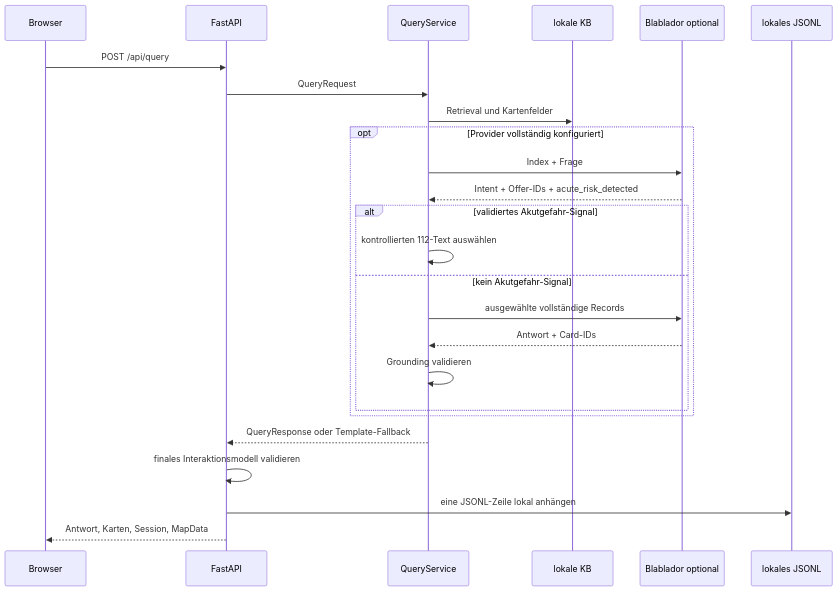
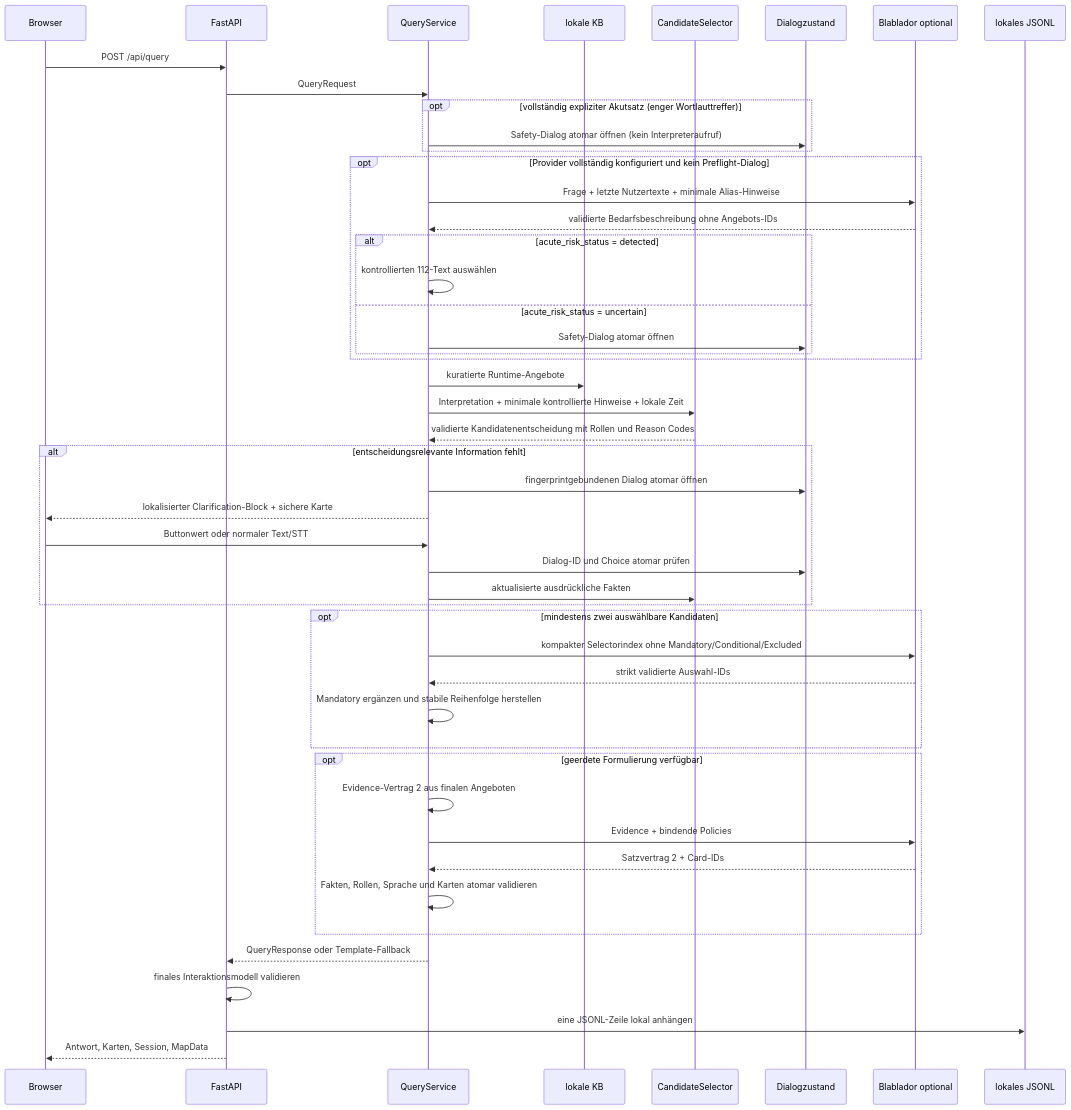
Before and after one commit to HannahHoffner/lena-grounded-voice-assistant: the diagram in docs/data-flow.md, drawn with Mermaid. The commit also changed other lines of this file and 347 other files, not shown here.

````diff
--- a/docs/data-flow.md
+++ b/docs/data-flow.md
@@ -5,27 +5,50 @@
 ```mermaid
 sequenceDiagram
     participant B as Browser
     participant A as FastAPI
     participant S as QueryService
     participant K as lokale KB
+    participant C as CandidateSelector
+    participant D as Dialogzustand
     participant L as Blablador optional
     participant J as lokales JSONL
     B->>A: POST /api/query
     A->>S: QueryRequest
-    S->>K: Retrieval und Kartenfelder
-    opt Provider vollständig konfiguriert
-        S->>L: Index + Frage
-        L-->>S: Intent + Offer-IDs + acute_risk_detected
-        alt validiertes Akutgefahr-Signal
+    opt vollständig expliziter Akutsatz (enger Wortlauttreffer)
+        S->>D: Safety-Dialog atomar öffnen (kein Interpreteraufruf)
+    end
+    opt Provider vollständig konfiguriert und kein Preflight-Dialog
+        S->>L: Frage + letzte Nutzertexte + minimale Alias-Hinweise
+        L-->>S: validierte Bedarfsbeschreibung ohne Angebots-IDs
+        alt acute_risk_status = detected
             S->>S: kontrollierten 112-Text auswählen
-        else kein Akutgefahr-Signal
-            S->>L: ausgewählte vollständige Records
-            L-->>S: Antwort + Card-IDs
-            S->>S: Grounding validieren
+        else acute_risk_status = uncertain
+            S->>D: Safety-Dialog atomar öffnen
         end
+    end
+    S->>K: kuratierte Runtime-Angebote
+    S->>C: Interpretation + minimale kontrollierte Hinweise + lokale Zeit
+    C-->>S: validierte Kandidatenentscheidung mit Rollen und Reason Codes
+    alt entscheidungsrelevante Information fehlt
+        S->>D: fingerprintgebundenen Dialog atomar öffnen
+        S-->>B: lokalisierter Clarification-Block + sichere Karte
+        B->>S: Buttonwert oder normaler Text/STT
+        S->>D: Dialog-ID und Choice atomar prüfen
+        S->>C: aktualisierte ausdrückliche Fakten
+    end
+    opt mindestens zwei auswählbare Kandidaten
+        S->>L: kompakter Selectorindex ohne Mandatory/Conditional/Excluded
+        L-->>S: strikt validierte Auswahl-IDs
+        S->>S: Mandatory ergänzen und stabile Reihenfolge herstellen
+    end
+    opt geerdete Formulierung verfügbar
+        S->>S: Evidence-Vertrag 2 aus finalen Angeboten
+        S->>L: Evidence + bindende Policies
+        L-->>S: Satzvertrag 2 + Card-IDs
+        S->>S: Fakten, Rollen, Sprache und Karten atomar validieren
     end
     S-->>A: QueryResponse oder Template-Fallback
     A->>A: finales Interaktionsmodell validieren
     A->>J: eine JSONL-Zeile lokal anhängen
     A-->>B: Antwort, Karten, Session, MapData
 ```
````
